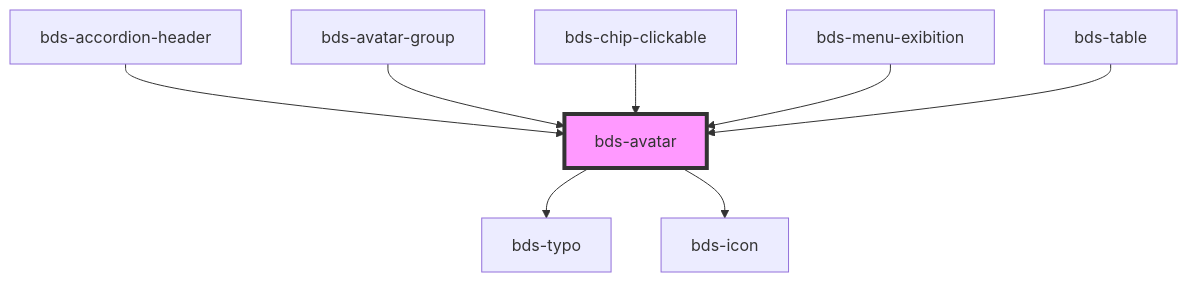
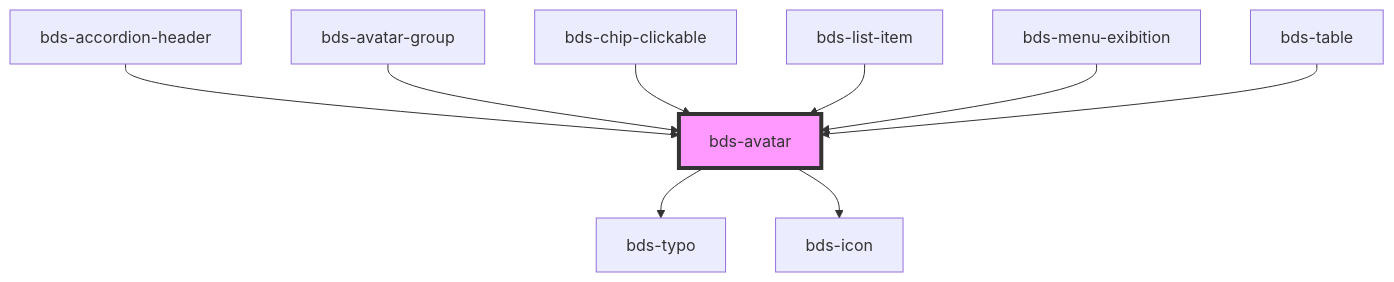
The diagram in src/components/avatar/readme.md (takenet/blip-ds), drawn with Mermaid before and after one commit. The commit also changed other lines of this file and 12 other files, not shown here.

````diff
--- a/src/components/avatar/readme.md
+++ b/src/components/avatar/readme.md
@@ -43,11 +44,12 @@
 ```mermaid
 graph TD;
   bds-avatar --> bds-typo
   bds-avatar --> bds-icon
   bds-accordion-header --> bds-avatar
   bds-avatar-group --> bds-avatar
   bds-chip-clickable --> bds-avatar
+  bds-list-item --> bds-avatar
   bds-menu-exibition --> bds-avatar
   bds-table --> bds-avatar
   style bds-avatar fill:#f9f,stroke:#333,stroke-width:4px
 ```
````
